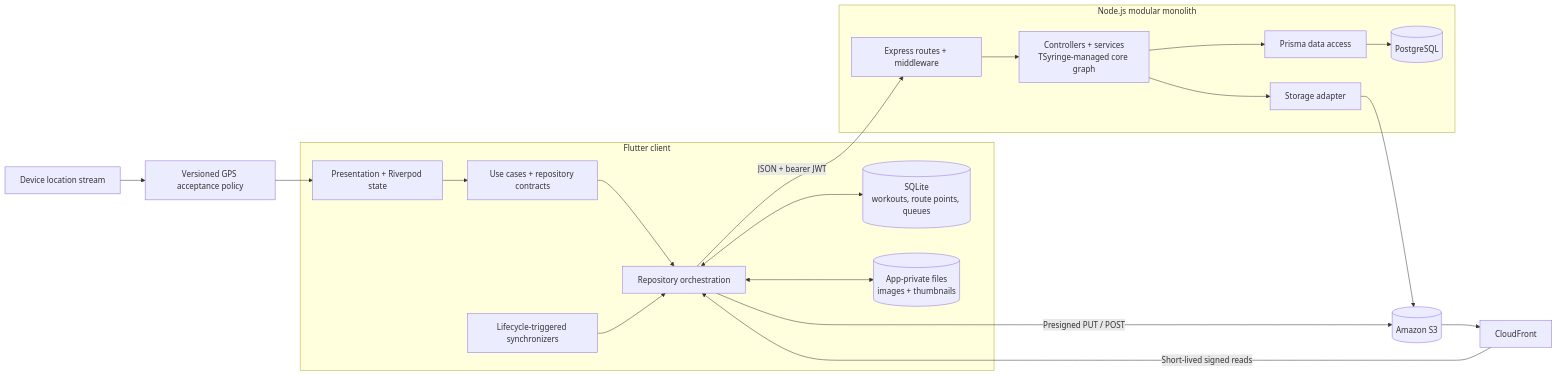
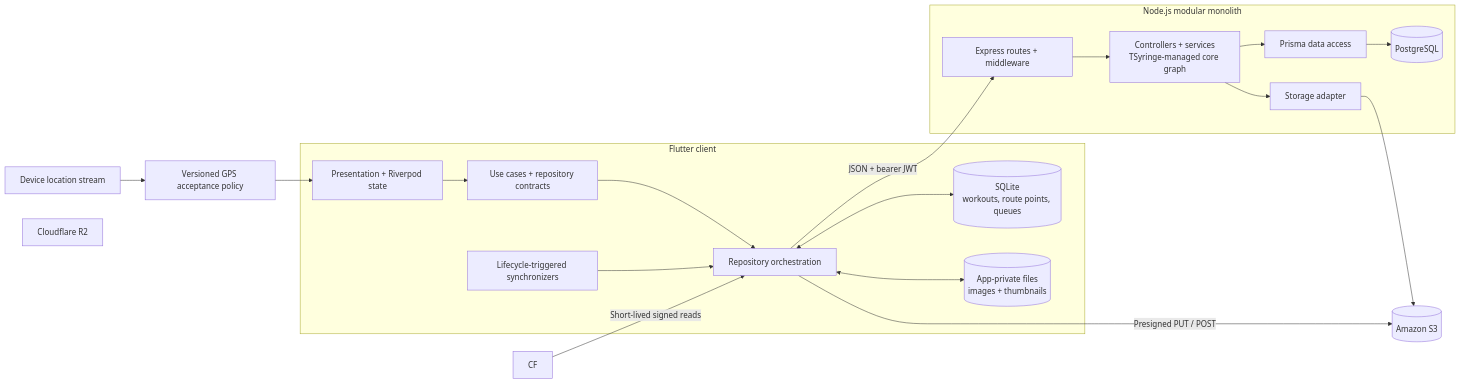
One commit to cosmicsaurabh/RythmRun changed the first of 3 diagrams in README.md. Above: the diagram before and after it, drawn with Mermaid. The commit also changed other lines of this file and 4 other files, not shown here.

First line of the commit message:
chore(infra): migrate from AWS S3/CloudFront to Cloudflare R2

````diff
--- a/README.md
+++ b/README.md
@@ -26,37 +26,37 @@
 ```mermaid
 flowchart LR
     GPS[Device location stream] --> POLICY[Versioned GPS acceptance policy]
 
     subgraph Mobile[Flutter client]
         UI[Presentation + Riverpod state]
         DOMAIN[Use cases + repository contracts]
         REPOS[Repository orchestration]
         DB[(SQLite\nworkouts, route points, queues)]
         FILES[(App-private files\nimages + thumbnails)]
         SYNC[Lifecycle-triggered synchronizers]
 
         UI --> DOMAIN --> REPOS
         REPOS <--> DB
         REPOS <--> FILES
         SYNC --> REPOS
     end
 
     POLICY --> UI
     REPOS -->|JSON + bearer JWT| API
 
     subgraph Server[Node.js modular monolith]
         API[Express routes + middleware]
         SERVICES[Controllers + services\nTSyringe-managed core graph]
         PRISMA[Prisma data access]
         PG[(PostgreSQL)]
         STORAGE[Storage adapter]
 
         API --> SERVICES --> PRISMA --> PG
         SERVICES --> STORAGE
     end
 
     REPOS -->|Presigned PUT / POST| S3[(Amazon S3)]
     STORAGE --> S3
-    S3 --> CF[CloudFront]
+    R2[Cloudflare R2]
     CF -->|Short-lived signed reads| REPOS
 ```
````
